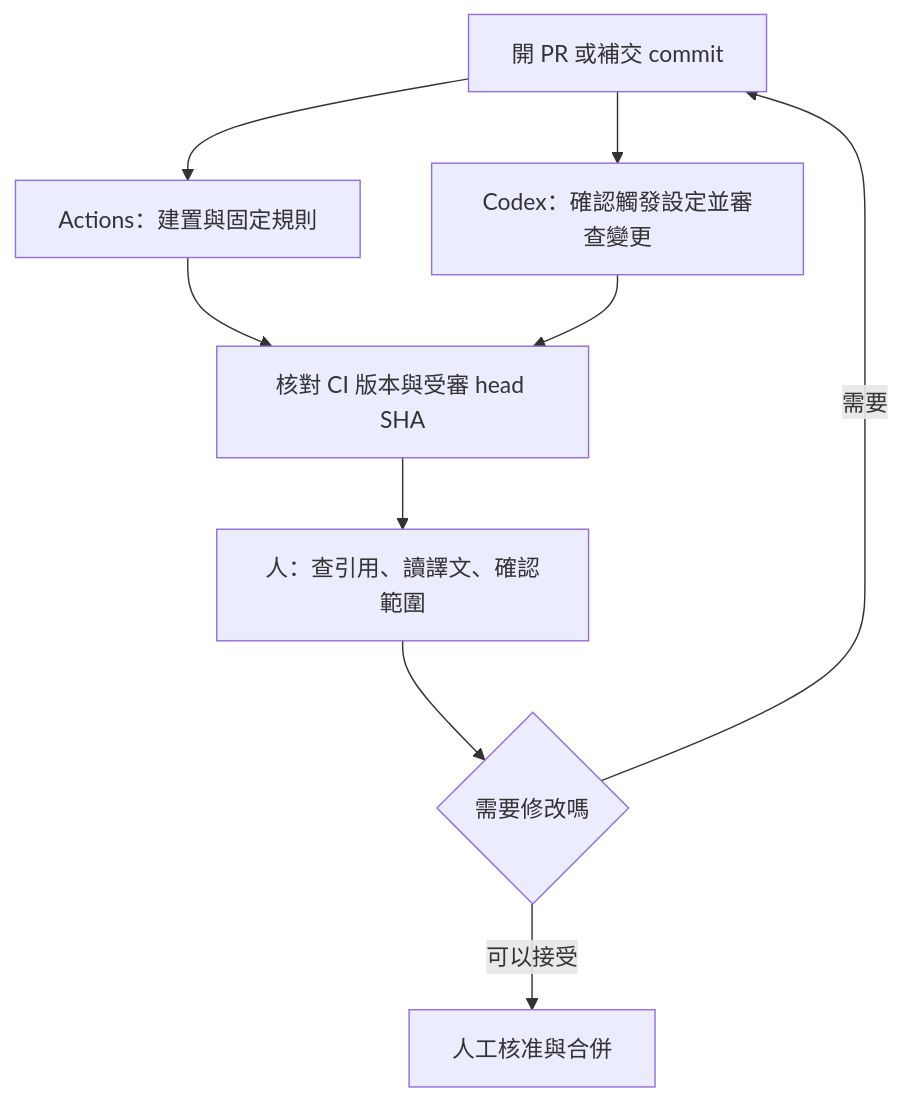
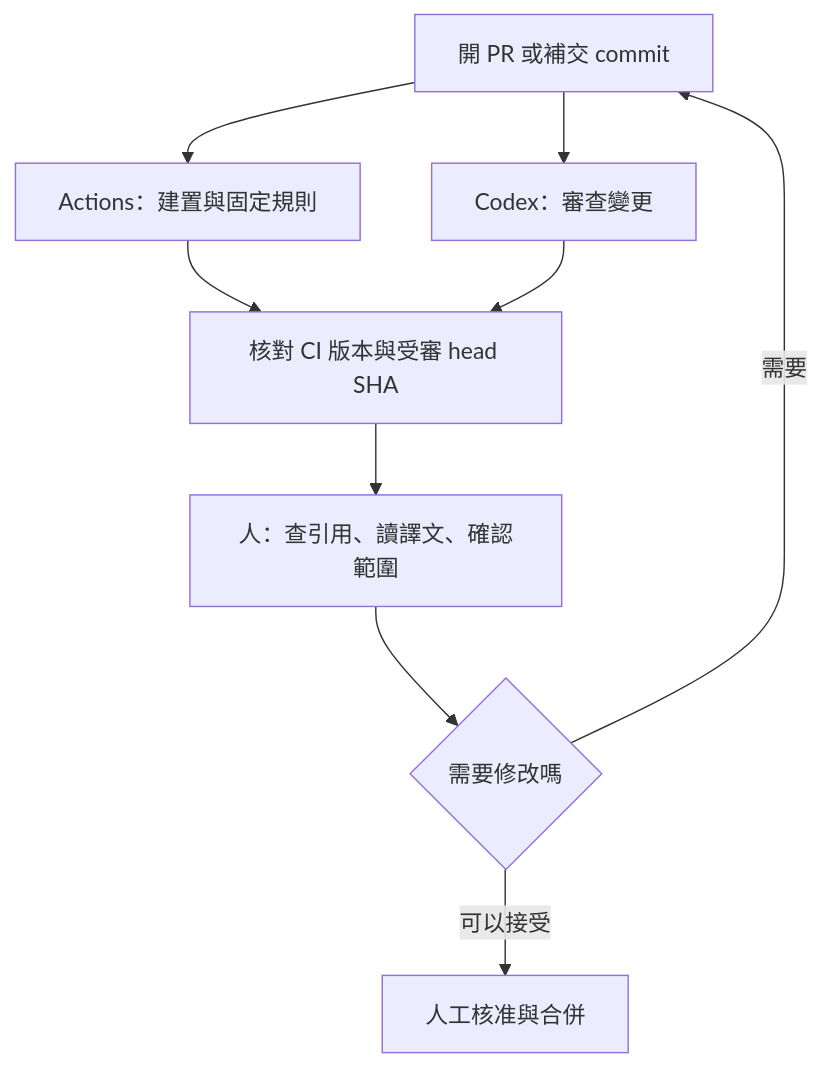
The diagram in _posts/2026-11-07-github-actions-ai-agent-pr-review.md (justmaocom/justmaocom.github.io), drawn with Mermaid before and after one commit. The commit also changed other lines of this file and 5 other files, not shown here.

````diff
--- a/_posts/2026-11-07-github-actions-ai-agent-pr-review.md
+++ b/_posts/2026-11-07-github-actions-ai-agent-pr-review.md
@@ -53,11 +81,11 @@
 ```mermaid
 flowchart TD
   A[開 PR 或補交 commit] --> B[Actions：建置與固定規則]
-  A --> C[Codex：確認觸發設定並審查變更]
+  A --> C[Codex：審查變更]
   B --> D[核對 CI 版本與受審 head SHA]
   C --> D
   D --> E[人：查引用、讀譯文、確認範圍]
   E --> F{需要修改嗎}
   F -->|需要| A
   F -->|可以接受| G[人工核准與合併]
 ```
````
